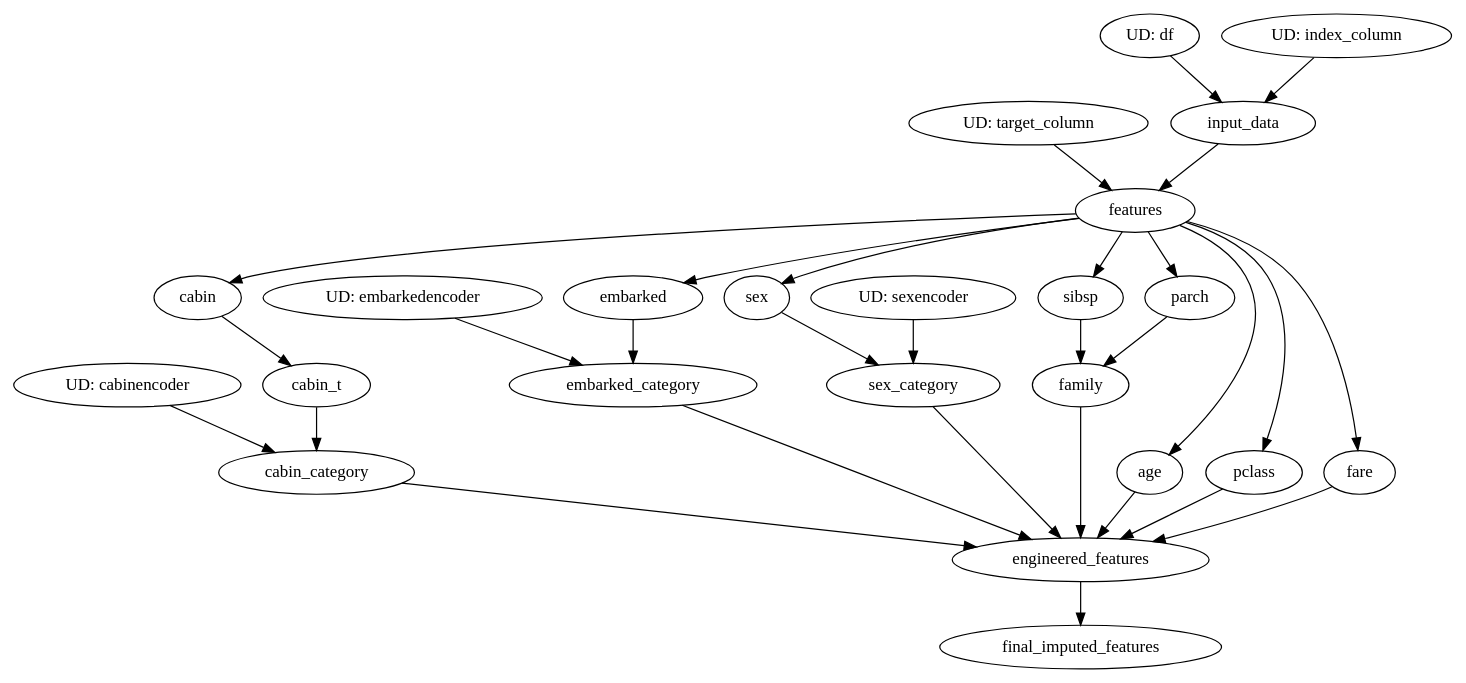
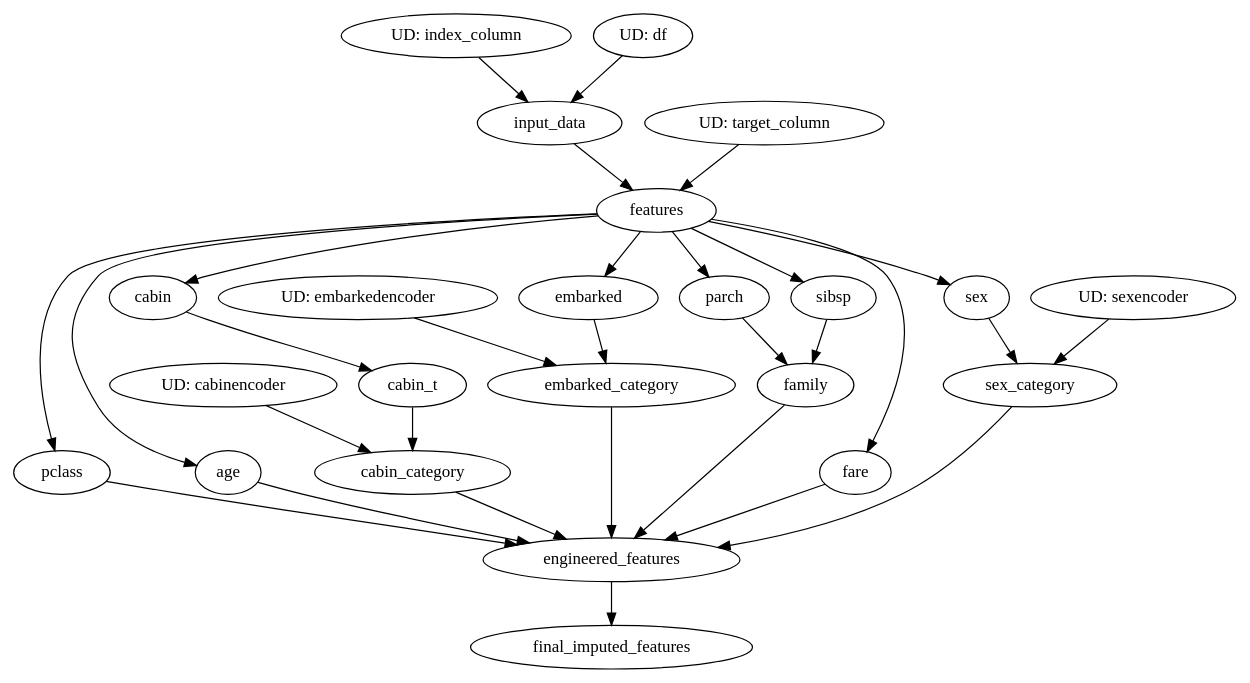
The diagram in artifacts/transtrain.dot (aamir09/mlops2_with_dagster), drawn with Graphviz before and after one commit. The commit also changed other lines of this file and 21 other files, not shown here.

```diff
--- a/artifacts/transtrain.dot
+++ b/artifacts/transtrain.dot
@@ -1,61 +1,61 @@
 // Dependency Graph
 digraph {
+	embarkedencoder [label=embarkedencoder]
+	embarked_category [label=embarked_category]
+	input_data [label=input_data]
+	sibsp [label=sibsp]
+	engineered_features [label=engineered_features]
+	sex_category [label=sex_category]
+	pclass [label=pclass]
+	target_column [label=target_column]
+	index_column [label=index_column]
+	df [label=df]
+	age [label=age]
+	cabinencoder [label=cabinencoder]
 	sex [label=sex]
-	df [label=df]
+	cabin [label=cabin]
+	fare [label=fare]
+	family [label=family]
 	final_imputed_features [label=final_imputed_features]
-	target_column [label=target_column]
-	cabin [label=cabin]
-	sex_category [label=sex_category]
+	cabin_category [label=cabin_category]
 	cabin_t [label=cabin_t]
-	sibsp [label=sibsp]
+	sexencoder [label=sexencoder]
 	parch [label=parch]
+	embarked [label=embarked]
 	features [label=features]
-	family [label=family]
-	sexencoder [label=sexencoder]
-	age [label=age]
-	index_column [label=index_column]
-	embarked_category [label=embarked_category]
-	cabinencoder [label=cabinencoder]
-	engineered_features [label=engineered_features]
-	pclass [label=pclass]
-	cabin_category [label=cabin_category]
-	embarked [label=embarked]
-	embarkedencoder [label=embarkedencoder]
-	input_data [label=input_data]
-	fare [label=fare]
+	embarkedencoder [label="UD: embarkedencoder"]
+	target_column [label="UD: target_column"]
+	index_column [label="UD: index_column"]
 	df [label="UD: df"]
 	cabinencoder [label="UD: cabinencoder"]
-	embarkedencoder [label="UD: embarkedencoder"]
-	target_column [label="UD: target_column"]
 	sexencoder [label="UD: sexencoder"]
-	index_column [label="UD: index_column"]
-	features -> sex
-	engineered_features -> final_imputed_features
-	features -> cabin
-	sex -> sex_category
-	sexencoder -> sex_category
-	cabin -> cabin_t
-	features -> sibsp
-	features -> parch
-	input_data -> features
-	target_column -> features
-	sibsp -> family
-	parch -> family
-	features -> age
 	embarked -> embarked_category
 	embarkedencoder -> embarked_category
+	df -> input_data
+	index_column -> input_data
+	features -> sibsp
 	pclass -> engineered_features
 	age -> engineered_features
 	fare -> engineered_features
 	cabin_category -> engineered_features
 	sex_category -> engineered_features
 	embarked_category -> engineered_features
 	family -> engineered_features
+	sex -> sex_category
+	sexencoder -> sex_category
 	features -> pclass
+	features -> age
+	features -> sex
+	features -> cabin
+	features -> fare
+	sibsp -> family
+	parch -> family
+	engineered_features -> final_imputed_features
 	cabin_t -> cabin_category
 	cabinencoder -> cabin_category
+	cabin -> cabin_t
+	features -> parch
 	features -> embarked
-	df -> input_data
-	index_column -> input_data
-	features -> fare
+	input_data -> features
+	target_column -> features
 }
```
